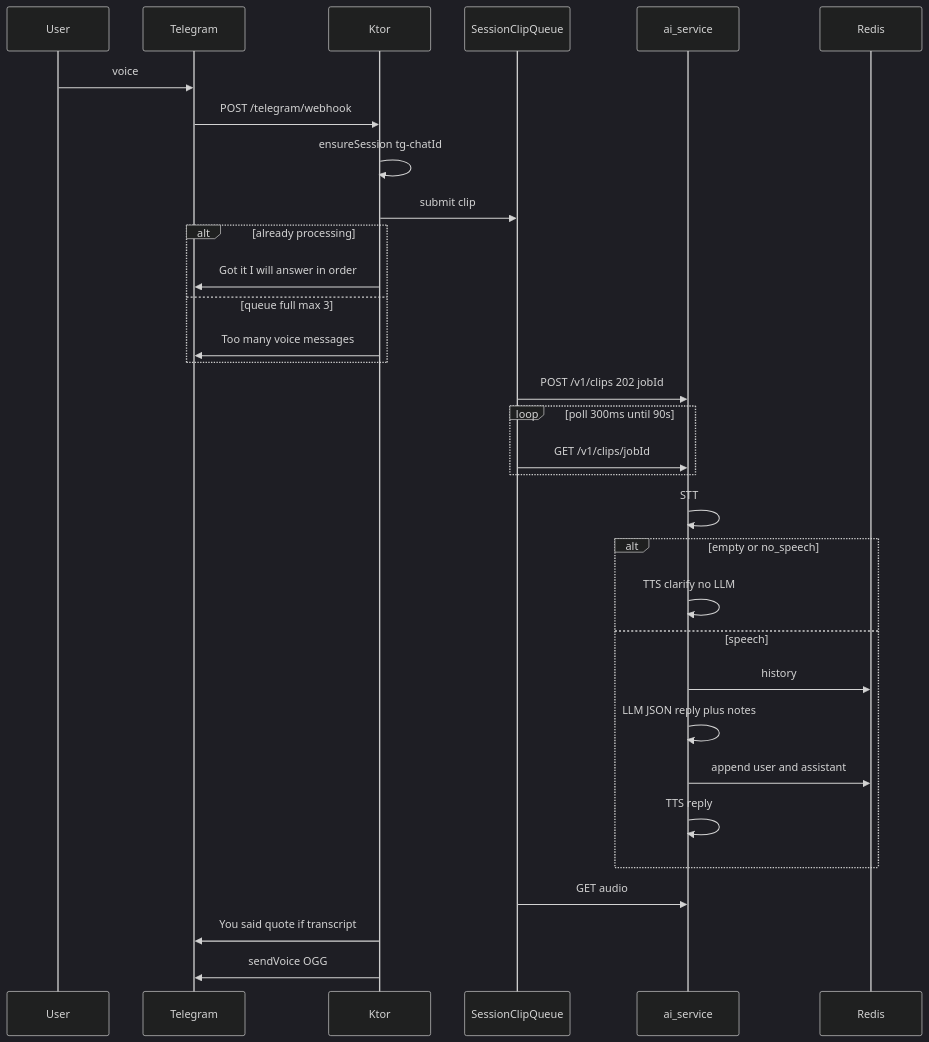
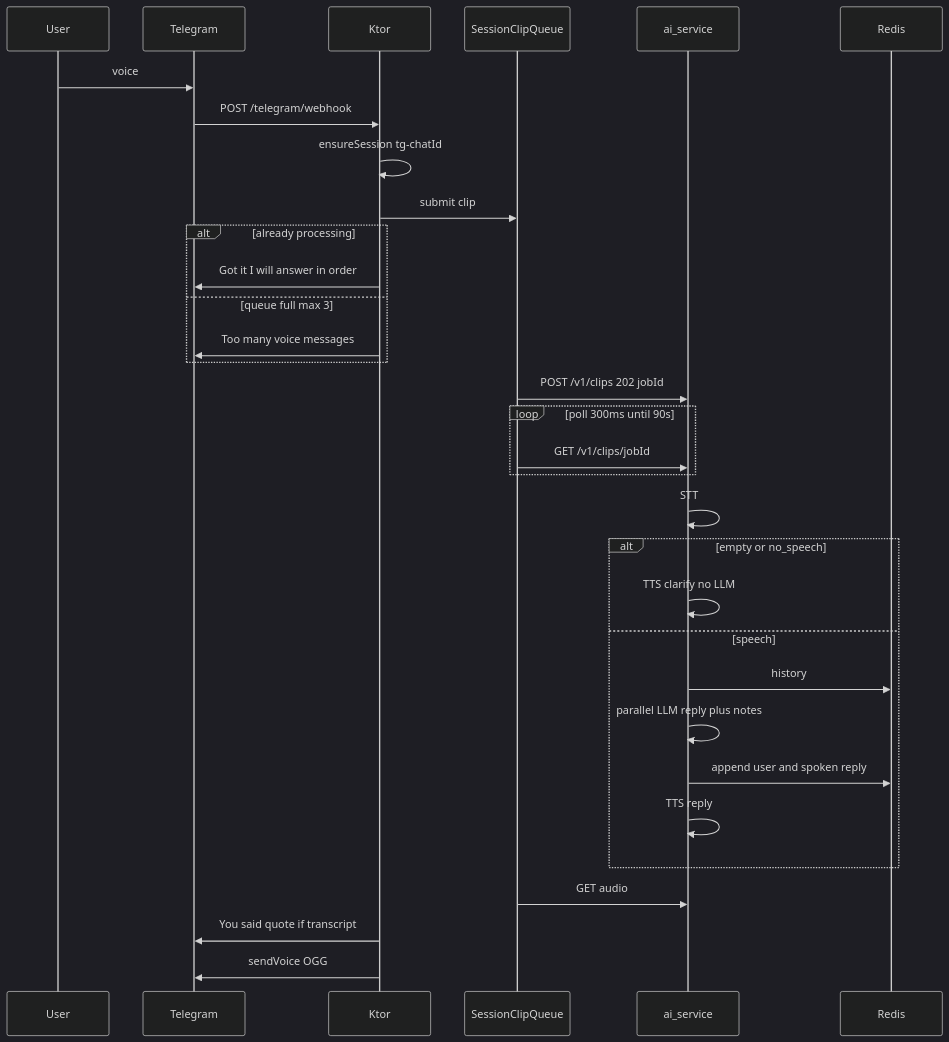
The second of 4 diagrams in ai_docs/architecture.md (greenblat17/1billion-dollar-startup), drawn with Mermaid (dark theme) before and after one commit. The commit also changed other lines of this file and 8 other files, not shown here.

First line of the commit message:
Split conversation and grammar notes into two parallel LLM calls.

````diff
--- a/ai_docs/architecture.md
+++ b/ai_docs/architecture.md
@@ -47,35 +47,35 @@
 ```mermaid
 sequenceDiagram
   participant User
   participant Telegram
   participant Ktor
   participant Queue as SessionClipQueue
   participant Ai as ai_service
   participant Redis
 
   User->>Telegram: voice
   Telegram->>Ktor: POST /telegram/webhook
   Ktor->>Ktor: ensureSession tg-chatId
   Ktor->>Queue: submit clip
   alt already processing
     Ktor->>Telegram: Got it I will answer in order
   else queue full max 3
     Ktor->>Telegram: Too many voice messages
   end
   Queue->>Ai: POST /v1/clips 202 jobId
   loop poll 300ms until 90s
     Queue->>Ai: GET /v1/clips/jobId
   end
   Ai->>Ai: STT
   alt empty or no_speech
     Ai->>Ai: TTS clarify no LLM
   else speech
     Ai->>Redis: history
-    Ai->>Ai: LLM JSON reply plus notes
-    Ai->>Redis: append user and assistant
+    Ai->>Ai: parallel LLM reply plus notes
+    Ai->>Redis: append user and spoken reply
     Ai->>Ai: TTS reply
   end
   Queue->>Ai: GET audio
   Ktor->>Telegram: You said quote if transcript
   Ktor->>Telegram: sendVoice OGG
 ```
````
